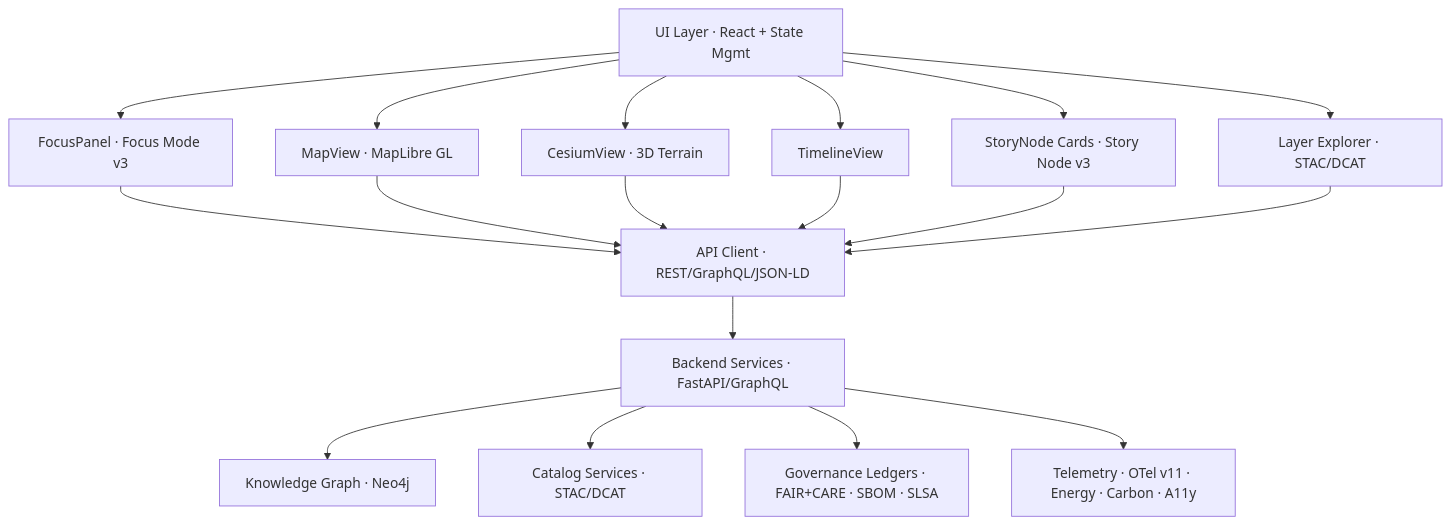
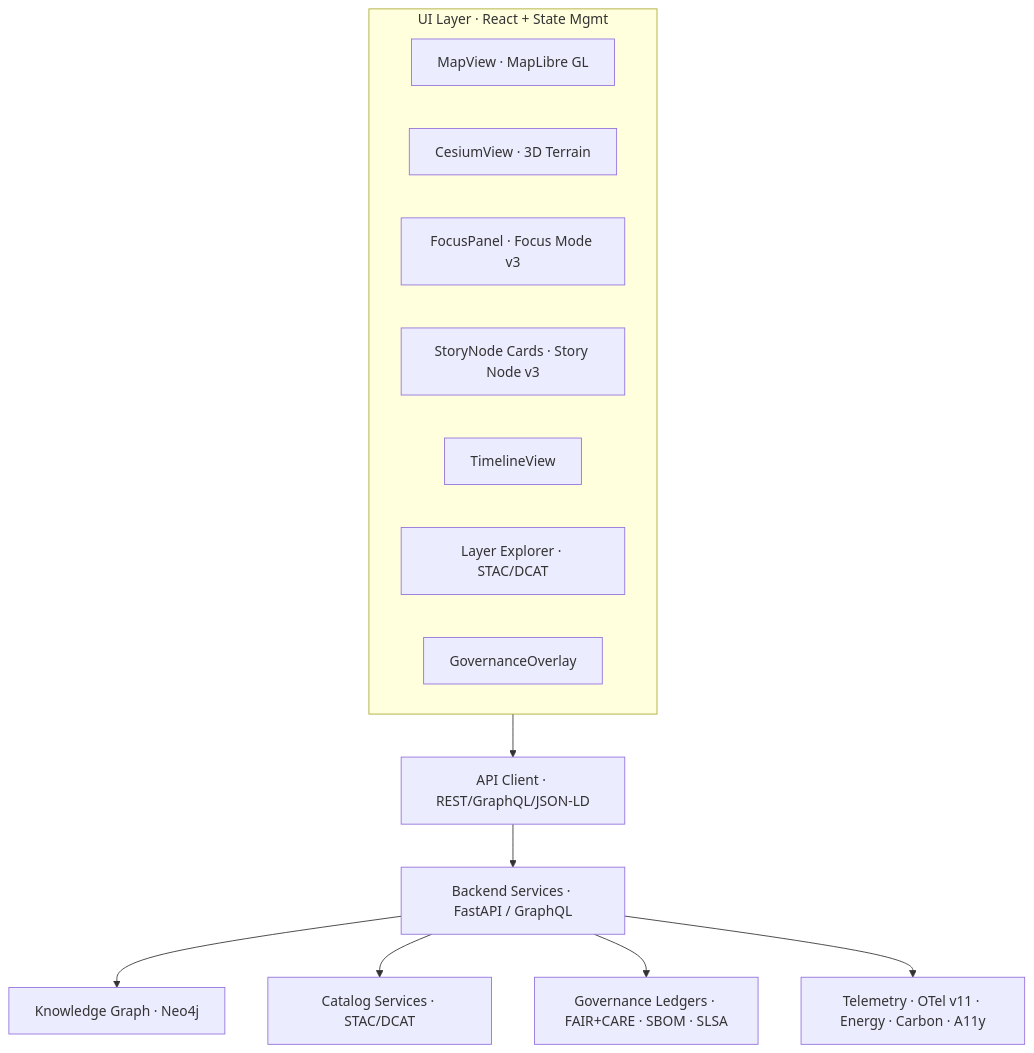
Before and after one commit to bartytime4life/Kansas-Frontier-Matrix: the diagram in web/ARCHITECTURE.md, drawn with Mermaid. The commit also changed other lines of this file, not shown here.

````diff
--- a/web/ARCHITECTURE.md
+++ b/web/ARCHITECTURE.md
@@ -167,22 +202,19 @@
 ```mermaid
 flowchart TD
-    UI["UI Layer · React + State Mgmt"] --> MV["MapView · MapLibre GL"]
-    UI --> CV["CesiumView · 3D Terrain"]
-    UI --> FP["FocusPanel · Focus Mode v3"]
-    UI --> SN["StoryNode Cards · Story Node v3"]
-    UI --> TL["TimelineView"]
-    UI --> LX["Layer Explorer · STAC/DCAT"]
+    subgraph UI["UI Layer · React + State Mgmt"]
+      MV["MapView · MapLibre GL"]
+      CV["CesiumView · 3D Terrain"]
+      FP["FocusPanel · Focus Mode v3"]
+      SN["StoryNode Cards · Story Node v3"]
+      TL["TimelineView"]
+      LX["Layer Explorer · STAC/DCAT"]
+      GOV["GovernanceOverlay"]
+    end
 
-    FP --> API["API Client · REST/GraphQL/JSON-LD"]
-    MV --> API
-    CV --> API
-    TL --> API
-    SN --> API
-    LX --> API
-
-    API --> BE["Backend Services · FastAPI/GraphQL"]
+    UI --> API["API Client · REST/GraphQL/JSON-LD"]
+    API --> BE["Backend Services · FastAPI / GraphQL"]
     BE --> KG["Knowledge Graph · Neo4j"]
     BE --> STC["Catalog Services · STAC/DCAT"]
-    BE --> GOV["Governance Ledgers · FAIR+CARE · SBOM · SLSA"]
+    BE --> GOVDB["Governance Ledgers · FAIR+CARE · SBOM · SLSA"]
     BE --> TEL["Telemetry · OTel v11 · Energy · Carbon · A11y"]
 ```
````
